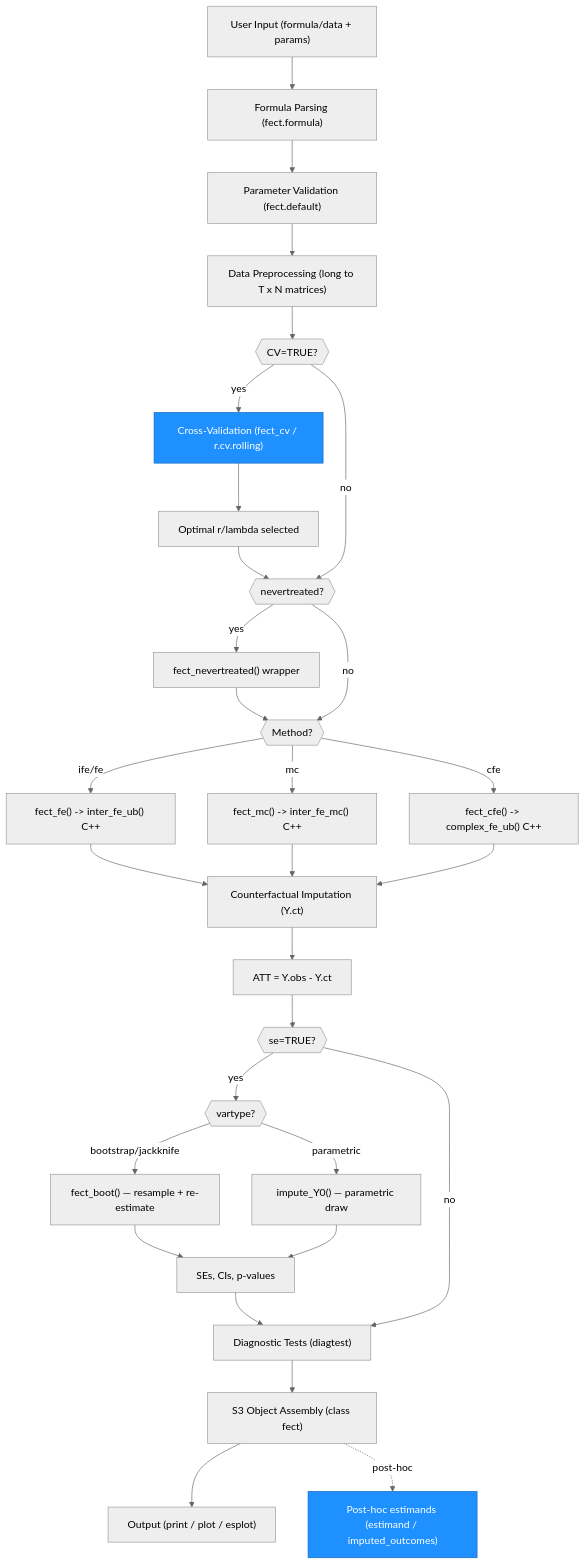
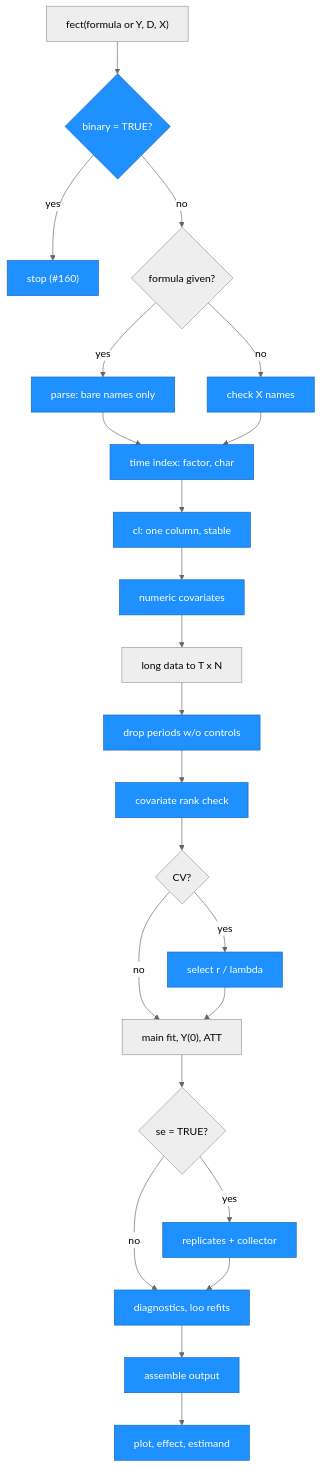
The sixth of 6 diagrams in ARCHITECTURE.md (xuyiqing/fect), drawn with Mermaid before and after one commit. The commit also changed other lines of this file and 65 other files, not shown here.

First line of the commit message:
fect 2.4.7 (dev): correctness fixes from the gsynth issue sweep (inference, CV, weights, input checks) (#151)

````diff
--- a/ARCHITECTURE.md
+++ b/ARCHITECTURE.md
@@ -306,61 +507,62 @@
 ```mermaid
 %%{init: {'theme': 'neutral'}}%%
 graph TD
-    IN["User Input (formula/data + params)"]
-    FP["Formula Parsing (fect.formula)"]
-    PV["Parameter Validation (fect.default)"]
-    DP["Data Preprocessing (long to T x N matrices)"]
-    CV{{"CV=TRUE?"}}
-    CVR["Cross-Validation (fect_cv / r.cv.rolling)"]
-    OPT["Optimal r/lambda selected"]
-    NT{{"nevertreated?"}}
-    NTW["fect_nevertreated() wrapper"]
-    MR{{"Method?"}}
-    IFE["fect_fe() -> inter_fe_ub() C++"]
-    MC["fect_mc() -> inter_fe_mc() C++"]
-    CFE["fect_cfe() -> complex_fe_ub() C++"]
-    CI["Counterfactual Imputation (Y.ct)"]
-    ATT["ATT = Y.obs - Y.ct"]
-    SE{{"se=TRUE?"}}
-    VT{{"vartype?"}}
-    BOOT["fect_boot() — resample + re-estimate"]
-    PARA["impute_Y0() — parametric draw"]
-    SECI["SEs, CIs, p-values"]
-    DIAG["Diagnostic Tests (diagtest)"]
-    OBJ["S3 Object Assembly (class fect)"]
-    OUT["Output (print / plot / esplot)"]
-    PE["Post-hoc estimands (estimand / imputed_outcomes)"]
+    IN["fect(formula or Y, D, X)"]
+    BQ{"binary = TRUE?"}
+    BS["stop (#160)"]
+    FQ{"formula given?"}
+    PF["parse: bare names only"]
+    PX["check X names"]
+    TI["time index: factor, char"]
+    CL["cl: one column, stable"]
+    NC["numeric covariates"]
+    MX["long data to T x N"]
+    DP["drop periods w/o controls"]
+    RK["covariate rank check"]
+    CQ{"CV?"}
+    CVB["select r / lambda"]
+    FIT["main fit, Y(0), ATT"]
+    SQ{"se = TRUE?"}
+    BOOT["replicates + collector"]
+    DG["diagnostics, loo refits"]
+    AS["assemble output"]
+    PH["plot, effect, estimand"]
 
-    style CVR fill:#1e90ff,stroke:#1565c0,color:#fff
-    style PE fill:#1e90ff,stroke:#1565c0,color:#fff
+    IN --> BQ
+    BQ -- yes --> BS
+    BQ -- no --> FQ
+    FQ -- yes --> PF
+    FQ -- no --> PX
+    PF --> TI
+    PX --> TI
+    TI --> CL
+    CL --> NC
+    NC --> MX
+    MX --> DP
+    DP --> RK
+    RK --> CQ
+    CQ -- yes --> CVB
+    CQ -- no --> FIT
+    CVB --> FIT
+    FIT --> SQ
+    SQ -- yes --> BOOT
+    SQ -- no --> DG
+    BOOT --> DG
+    DG --> AS
+    AS --> PH
 
-    IN --> FP
-    FP --> PV
-    PV --> DP
-    DP --> CV
-    CV -- yes --> CVR
-    CVR --> OPT
-    OPT --> NT
-    CV -- no --> NT
-    NT -- yes --> NTW
-    NTW --> MR
-    NT -- no --> MR
-    MR -- ife/fe --> IFE
-    MR -- mc --> MC
-    MR -- cfe --> CFE
-    IFE --> CI
-    MC --> CI
-    CFE --> CI
-    CI --> ATT
-    ATT --> SE
-    SE -- yes --> VT
-    VT -- bootstrap/jackknife --> BOOT
-    VT -- parametric --> PARA
-    BOOT --> SECI
-    PARA --> SECI
-    SECI --> DIAG
-    SE -- no --> DIAG
-    DIAG --> OBJ
-    OBJ --> OUT
-    OBJ -.->|"post-hoc"| PE
+    style BQ fill:#1e90ff,stroke:#1565c0,color:#fff
+    style BS fill:#1e90ff,stroke:#1565c0,color:#fff
+    style PF fill:#1e90ff,stroke:#1565c0,color:#fff
+    style PX fill:#1e90ff,stroke:#1565c0,color:#fff
+    style TI fill:#1e90ff,stroke:#1565c0,color:#fff
+    style CL fill:#1e90ff,stroke:#1565c0,color:#fff
+    style NC fill:#1e90ff,stroke:#1565c0,color:#fff
+    style DP fill:#1e90ff,stroke:#1565c0,color:#fff
+    style RK fill:#1e90ff,stroke:#1565c0,color:#fff
+    style CVB fill:#1e90ff,stroke:#1565c0,color:#fff
+    style BOOT fill:#1e90ff,stroke:#1565c0,color:#fff
+    style DG fill:#1e90ff,stroke:#1565c0,color:#fff
+    style AS fill:#1e90ff,stroke:#1565c0,color:#fff
+    style PH fill:#1e90ff,stroke:#1565c0,color:#fff
 ```
````
